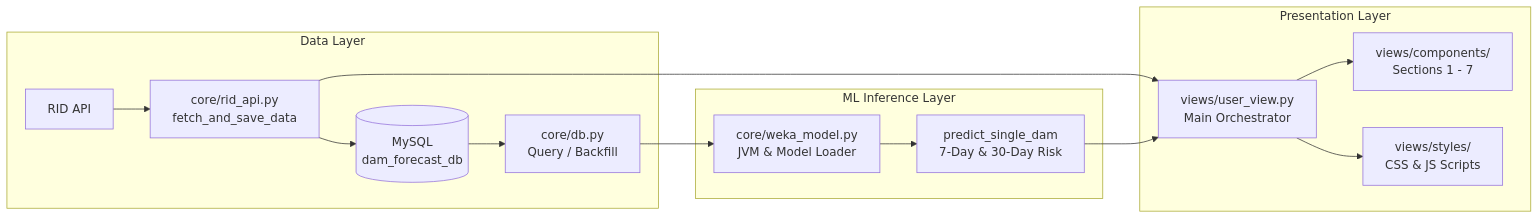
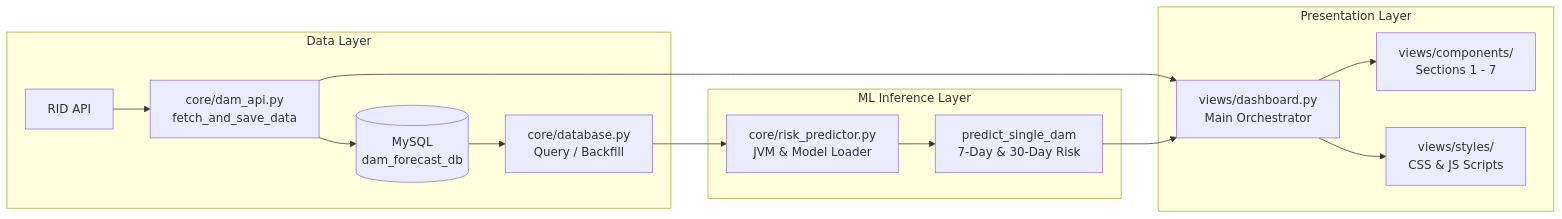
The diagram in README.md (tangpadon/Thai-Dam-Classification-Project), drawn with Mermaid before and after one commit. The commit also changed other lines of this file and 14 other files, not shown here.

````diff
--- a/README.md
+++ b/README.md
@@ -96,20 +96,20 @@
 ```mermaid
 flowchart LR
     subgraph Data Layer
-        A[RID API] --> B[core/rid_api.py<br>fetch_and_save_data]
+        A[RID API] --> B[core/dam_api.py<br>fetch_and_save_data]
         B --> C[(MySQL<br>dam_forecast_db)]
-        C --> D[core/db.py<br>Query / Backfill]
+        C --> D[core/database.py<br>Query / Backfill]
     end
 
     subgraph ML Inference Layer
-        D --> E[core/weka_model.py<br>JVM & Model Loader]
+        D --> E[core/risk_predictor.py<br>JVM & Model Loader]
         E --> F[predict_single_dam<br>7-Day & 30-Day Risk]
     end
 
     subgraph Presentation Layer
-        B --> G[views/user_view.py<br>Main Orchestrator]
+        B --> G[views/dashboard.py<br>Main Orchestrator]
         F --> G
         G --> H[views/components/<br>Sections 1 - 7]
         G --> I[views/styles/<br>CSS & JS Scripts]
     end
 ```
````
